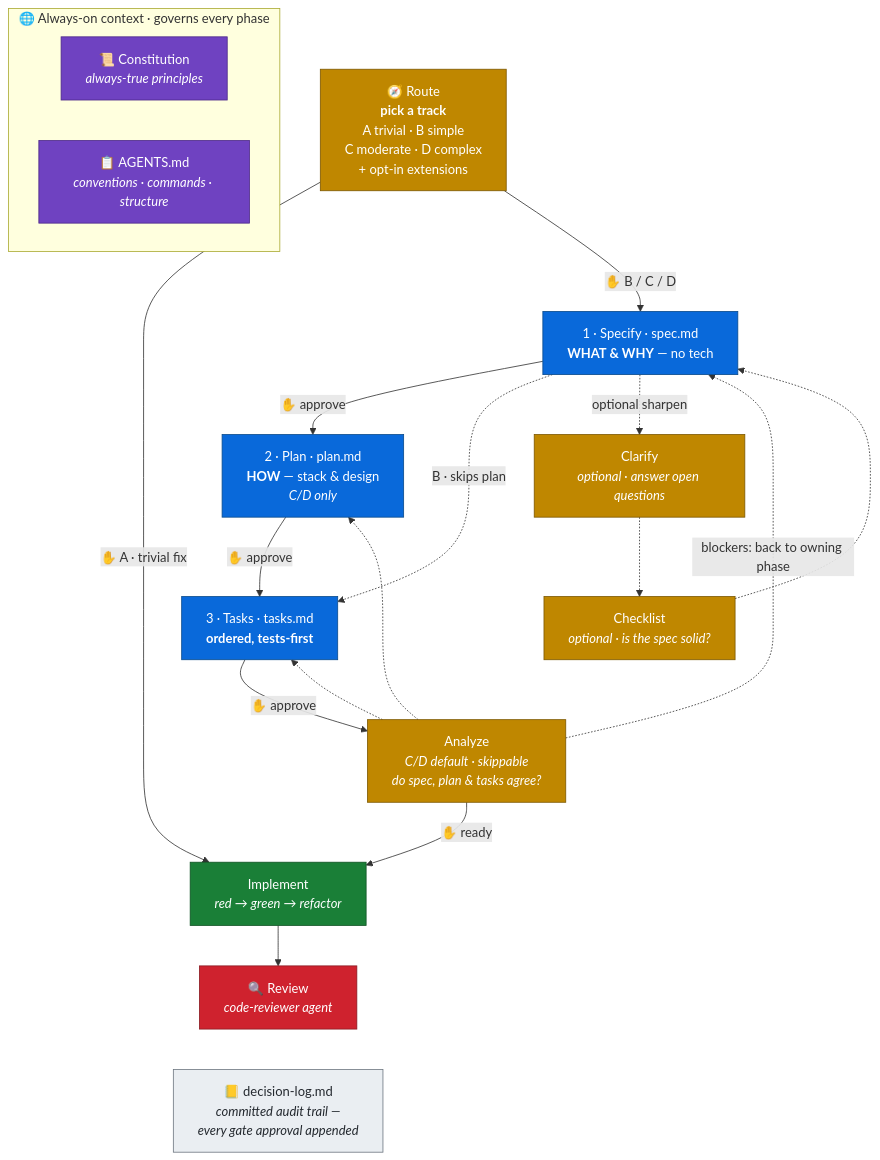
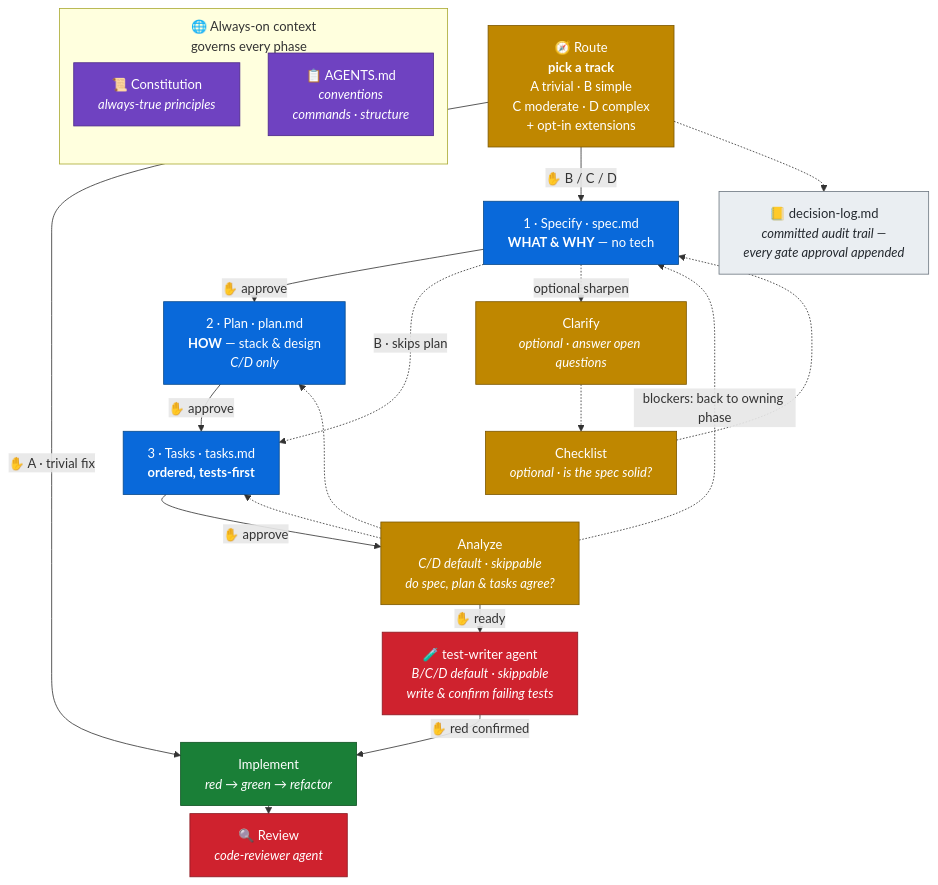
One commit to saptarshibasu/spec-driven-development changed the first of 2 diagrams in README.md. Above: the diagram before and after it, drawn with Mermaid. The commit also changed other lines of this file and 4 other files, not shown here.

Commit message:
Invoke test writer from workflow, revision of readme

````diff
--- a/README.md
+++ b/README.md
@@ -26,37 +26,40 @@
 ```mermaid
+%%{init: {'flowchart': {'nodeSpacing': 50, 'rankSpacing': 10, 'subGraphTitleMargin': {'top': 10, 'bottom': 10}}}}%%
 flowchart TD
-    subgraph CTX["🌐 Always-on context · governs every phase"]
+    subgraph CTX["🌐 Always-on context<br/>governs every phase"]
         direction LR
         K["📜 Constitution<br/><i>always-true principles</i>"]:::gov
-        AGT["📋 AGENTS.md<br/><i>conventions · commands · structure</i>"]:::gov
+        AGT["📋 AGENTS.md<br/><i>conventions<br/>commands · structure</i>"]:::gov
+        K ~~~ AGT
     end
     RT["🧭 Route<br/><b>pick a track</b><br/>A trivial · B simple<br/>C moderate · D complex<br/>+ opt-in extensions"]:::gate
     S["1 · Specify · spec.md<br/><b>WHAT & WHY</b> — no tech"]:::phase
     CL["Clarify<br/><i>optional · answer open questions</i>"]:::gate
     CK["Checklist<br/><i>optional · is the spec solid?</i>"]:::gate
     P["2 · Plan · plan.md<br/><b>HOW</b> — stack & design<br/><i>C/D only</i>"]:::phase
     T["3 · Tasks · tasks.md<br/><b>ordered, tests-first</b>"]:::phase
     AN["Analyze<br/><i>C/D default · skippable<br/>do spec, plan & tasks agree?</i>"]:::gate
+    TW["🧪 test-writer agent<br/><i>B/C/D default · skippable<br/>write & confirm failing tests</i>"]:::sensor
     I["Implement<br/><i>red → green → refactor</i>"]:::impl
     R["🔍 Review<br/><i>code-reviewer agent</i>"]:::sensor
     DL["📒 decision-log.md<br/><i>committed audit trail —<br/>every gate approval appended</i>"]:::audit
 
     RT -->|✋ A · trivial fix| I
     RT -->|✋ B / C / D| S
-    S -->|✋ approve| P -->|✋ approve| T -->|✋ approve| AN -->|✋ ready| I --> R
+    S -->|✋ approve| P -->|✋ approve| T -->|✋ approve| AN -->|✋ ready| TW -->|✋ red confirmed| I --> R
     S -. B · skips plan .-> T
     S -. optional sharpen .-> CL
     CL -.-> CK
     CK -.-> S
     AN -. "blockers: back to owning phase" .-> S
     AN -.-> P
     AN -.-> T
-    R ~~~ DL
+    RT -.-> DL
 
     classDef gov fill:#6f42c1,color:#fff,stroke:#4c2889
     classDef phase fill:#0969da,color:#fff,stroke:#0a4b8c
     classDef gate fill:#bf8700,color:#fff,stroke:#7d5800
     classDef impl fill:#1a7f37,color:#fff,stroke:#0f5323
     classDef sensor fill:#cf222e,color:#fff,stroke:#8b1a22
     classDef audit fill:#eaeef2,color:#24292f,stroke:#6e7781
 ```
````
